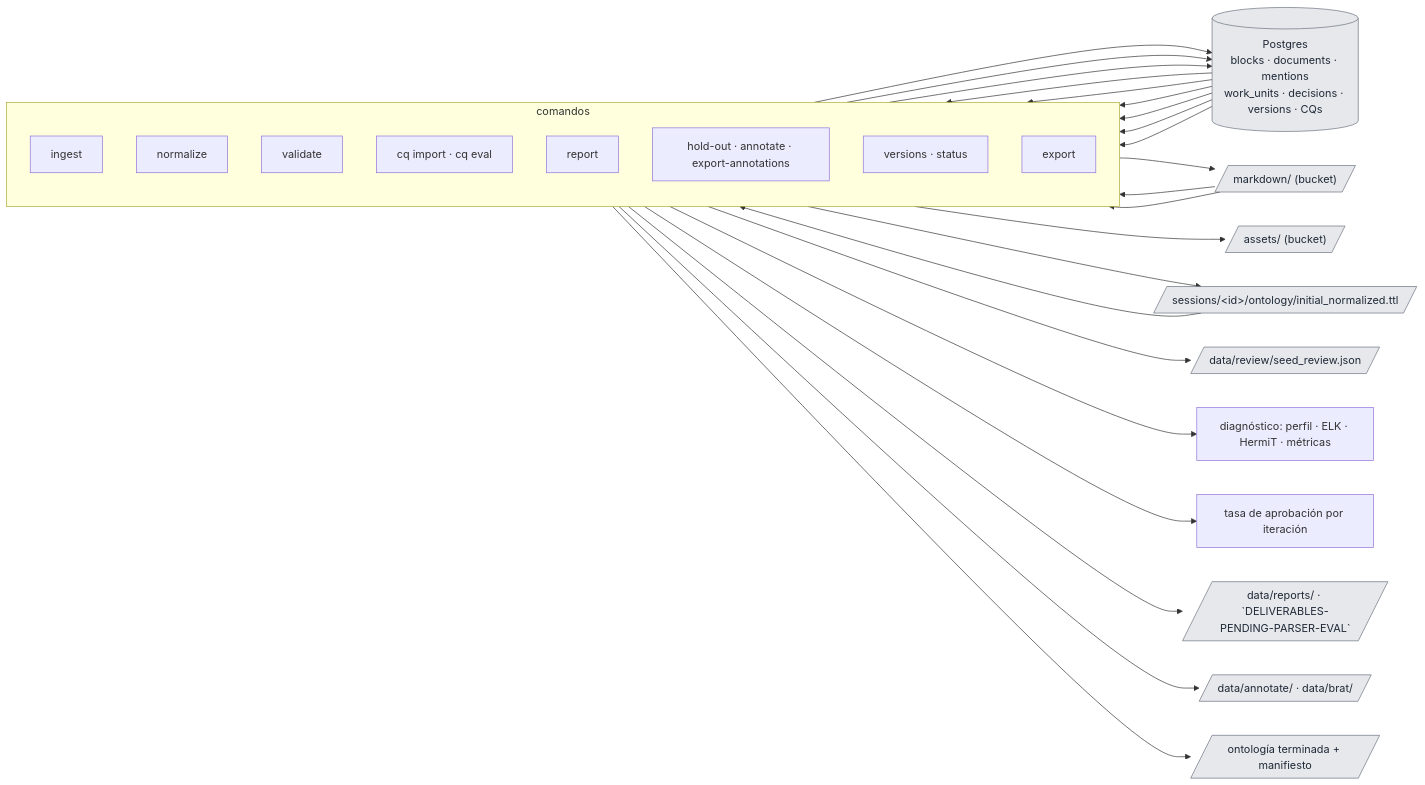
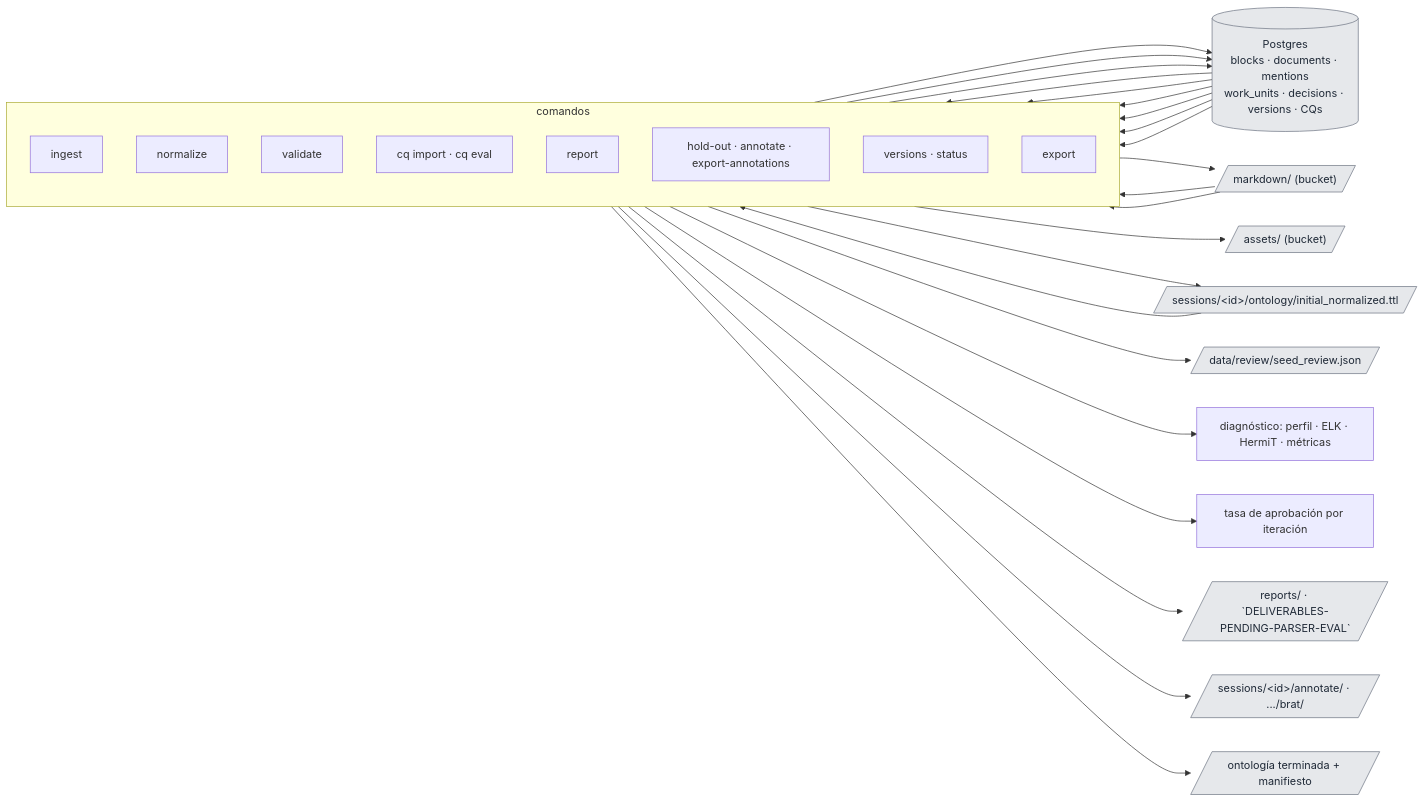
The second of 3 diagrams in README.md (gonzatorte/ontology_and_llm_pipeline), drawn with Mermaid before and after one commit. The commit also changed other lines of this file and 3 other files, not shown here.

````diff
--- a/README.md
+++ b/README.md
@@ -415,45 +420,45 @@
 ```mermaid
 flowchart LR
   subgraph C["comandos"]
     direction TB
     i["ingest"]
     n["normalize"]
     v["validate"]
     q["cq import · cq eval"]
     r["report"]
     a["hold-out · annotate · export-annotations"]
     s["versions · status"]
     e["export"]
   end
 
   db[("Postgres<br/>blocks · documents · mentions<br/>work_units · decisions · versions · CQs")]
   md[/"markdown/ (bucket)"/]
   as[/"assets/ (bucket)"/]
   on[/"sessions/&lt;id&gt;/ontology/initial_normalized.ttl"/]
   rv[/"data/review/seed_review.json"/]
-  rp[/"data/reports/ · `DELIVERABLES-PENDING-PARSER-EVAL`"/]
-  an[/"data/annotate/ · data/brat/"/]
+  rp[/"reports/ · `DELIVERABLES-PENDING-PARSER-EVAL`"/]
+  an[/"sessions/&lt;id&gt;/annotate/ · .../brat/"/]
   ex[/"ontología terminada + manifiesto"/]
   di["diagnóstico: perfil · ELK · HermiT · métricas"]
   pr["tasa de aprobación por iteración"]
 
   i --> db
   i --> md
   i --> as
   n --> on
   n --> rv
   n --> db
   db --> v
   on --> v --> di
   q --> db
   db --> q --> pr
   db --> r --> rp
   md --> r
   db --> a --> an
   md --> a
   db --> s
   db --> e --> ex
 
   classDef store fill:#e6e8eb,stroke:#6b7280,color:#1f2937
   class db,md,as,on,rv,rp,an,ex store
 ```
````
